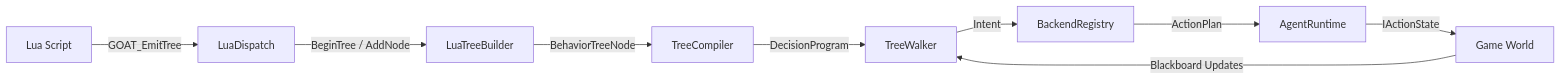
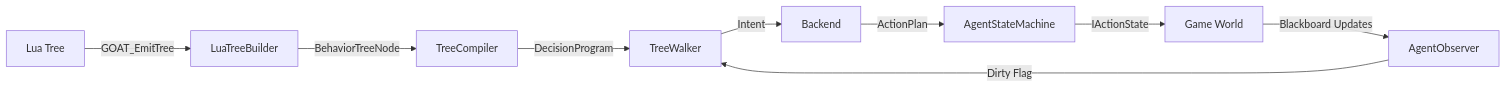
One commit to jabbadablack/G.O.A.T changed the second of 2 diagrams in Docs/01 - Architecture/Data Flow.md. Above: the diagram before and after it, drawn with Mermaid. The commit also changed other lines of this file and 82 other files, not shown here.

````diff
--- a/Docs/01 - Architecture/Data Flow.md
+++ b/Docs/01 - Architecture/Data Flow.md
@@ -29,11 +405,11 @@
 ```mermaid
-graph LR
-    L[Lua Script] -->|GOAT_EmitTree| D[LuaDispatch]
-    D -->|BeginTree / AddNode| B[LuaTreeBuilder]
+flowchart LR
+    A[Lua Tree] -->|GOAT_EmitTree| B[LuaTreeBuilder]
     B -->|BehaviorTreeNode| C[TreeCompiler]
-    C -->|DecisionProgram| W[TreeWalker]
-    W -->|Intent| K[BackendRegistry]
-    K -->|ActionPlan| R[AgentRuntime]
-    R -->|IActionState| A[Game World]
-    A -->|Blackboard Updates| W
+    C -->|DecisionProgram| D[TreeWalker]
+    D -->|Intent| E[Backend]
+    E -->|ActionPlan| F[AgentStateMachine]
+    F -->|IActionState| G[Game World]
+    G -->|Blackboard Updates| H[AgentObserver]
+    H -->|Dirty Flag| D
 ```
````
